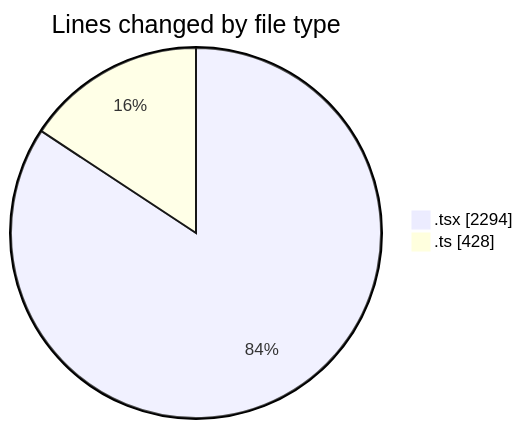
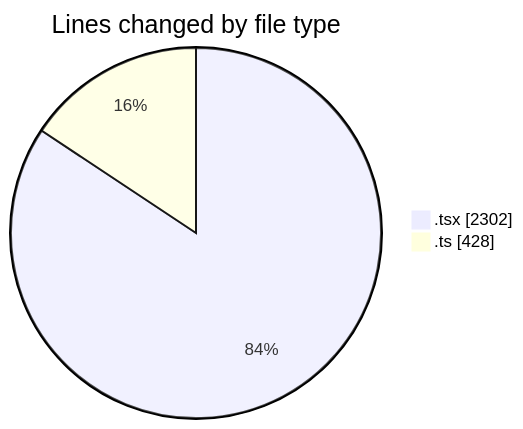
One commit to nxtqubesakshisongat/code-tracking changed the first of 2 diagrams in 2026-06-19/nxtqube_webapp/README.md. Above: the diagram before and after it, drawn with Mermaid. The commit also changed other lines of this file and 1 other file, not shown here.

````diff
--- a/2026-06-19/nxtqube_webapp/README.md
+++ b/2026-06-19/nxtqube_webapp/README.md
@@ -22,6 +22,6 @@
 ```mermaid
 pie showData
 title Lines changed by file type
-".tsx" : 2294
+".tsx" : 2302
 ".ts" : 428
 ```
````
